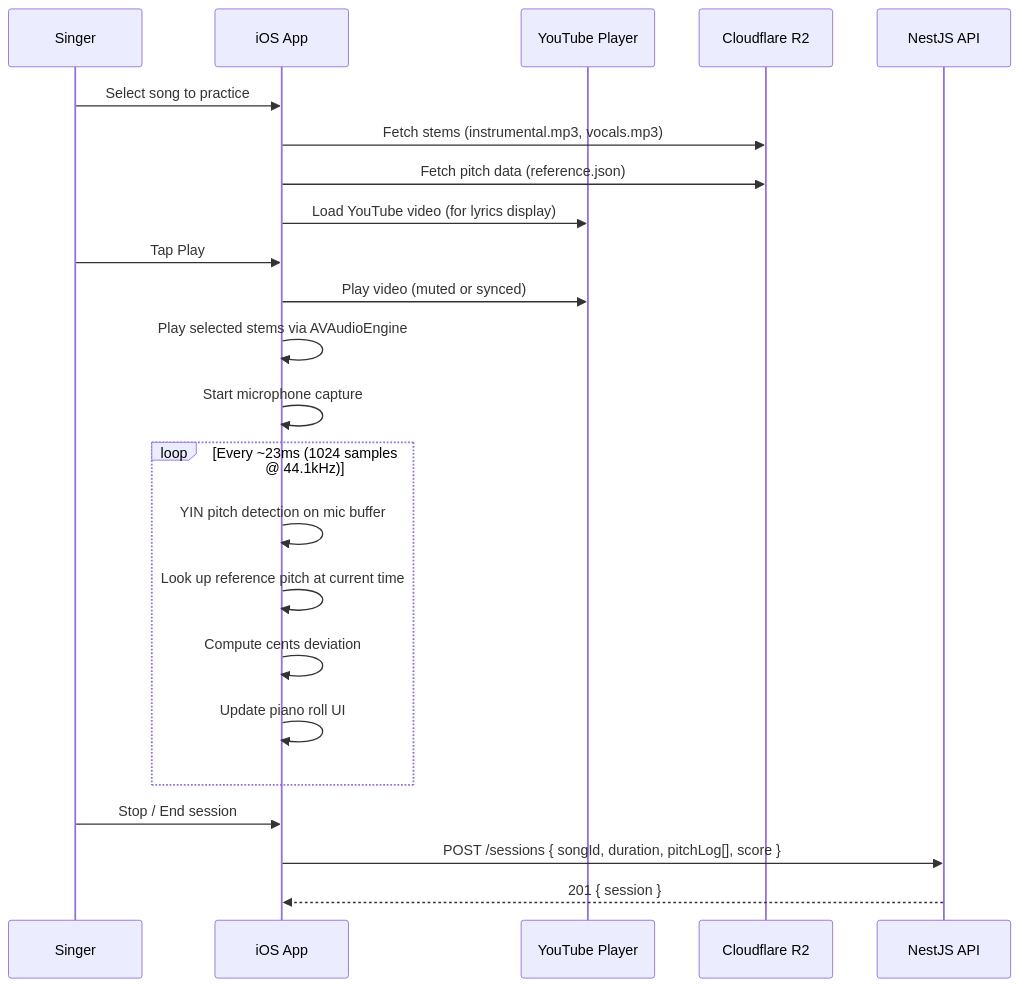
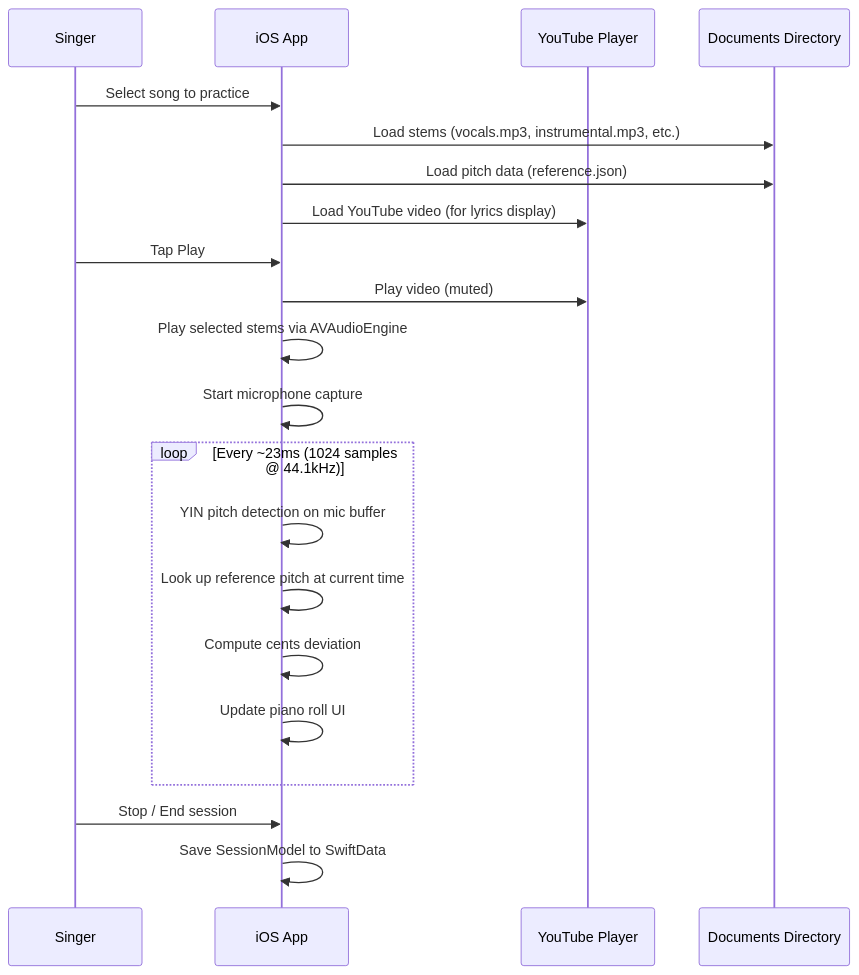
Before and after one commit to pawelgawliczek/intonavio-local: the second of 2 diagrams in docs/03-api-design.md, drawn with Mermaid. The commit also changed other lines of this file and 88 other files, not shown here.

First line of the commit message:
Migrate to fully on-device architecture

````diff
--- a/docs/03-api-design.md
+++ b/docs/03-api-design.md
@@ -132,29 +232,27 @@
 ```mermaid
 sequenceDiagram
     participant Singer
     participant App as iOS App
     participant YT as YouTube Player
-    participant R2 as Cloudflare R2
-    participant API as NestJS API
+    participant Disk as Documents Directory
 
     Singer->>App: Select song to practice
-    App->>R2: Fetch stems (instrumental.mp3, vocals.mp3)
-    App->>R2: Fetch pitch data (reference.json)
+    App->>Disk: Load stems (vocals.mp3, instrumental.mp3, etc.)
+    App->>Disk: Load pitch data (reference.json)
     App->>YT: Load YouTube video (for lyrics display)
 
     Singer->>App: Tap Play
-    App->>YT: Play video (muted or synced)
+    App->>YT: Play video (muted)
     App->>App: Play selected stems via AVAudioEngine
     App->>App: Start microphone capture
 
     loop Every ~23ms (1024 samples @ 44.1kHz)
         App->>App: YIN pitch detection on mic buffer
         App->>App: Look up reference pitch at current time
         App->>App: Compute cents deviation
         App->>App: Update piano roll UI
     end
 
     Singer->>App: Stop / End session
-    App->>API: POST /sessions { songId, duration, pitchLog[], score }
-    API-->>App: 201 { session }
+    App->>App: Save SessionModel to SwiftData
 ```
````
